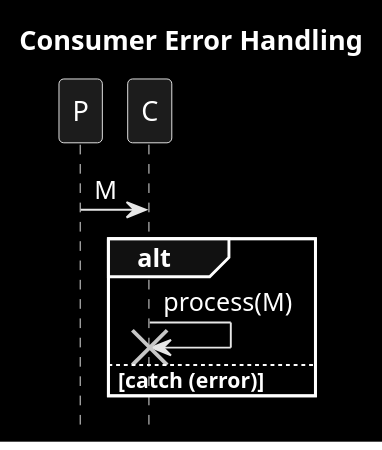
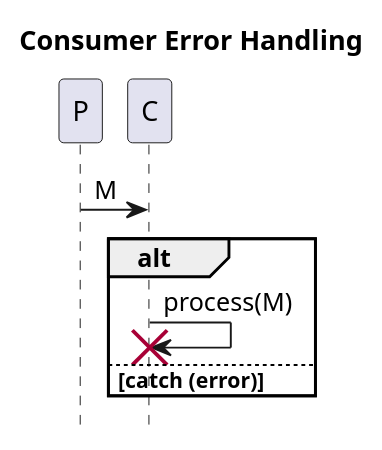
Before and after one commit to victorrentea/kafka: the diagram in patterns/6_c_errors.puml, drawn with PlantUML. The commit also changed 25 other files, not shown here.

```diff
--- a/patterns/6_c_errors.puml
+++ b/patterns/6_c_errors.puml
@@ -1,18 +1,17 @@
 @startuml
 title Consumer Error Handling
 hide footbox
-skinparam monochrome reverse
 
 P->C: M
 alt
 '    loop timed retry 10
         C->C!!: process(M)
 '    end
 else catch (error)
 '    hnote over C: retry N times ± max time
 '    hnote over C: log.error("[ALARM-P1]M")
 '    C->B: M to DLQ
 '    C->B: PaymentFailedEvent
 end
 
 @enduml
```
